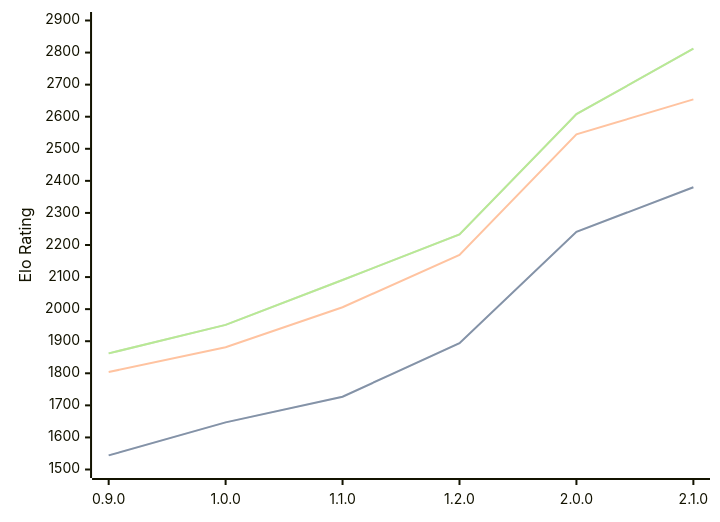
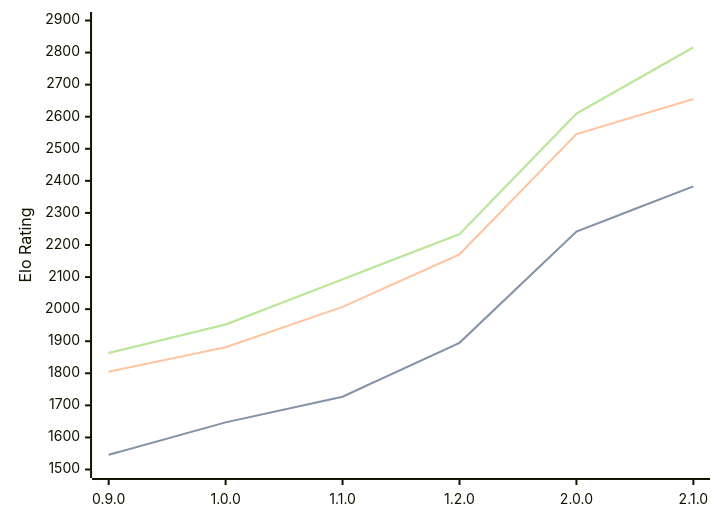
Before and after one commit to computer-chess-index/cci: the diagram in engines/Ratsu.md, drawn with Mermaid. The commit also changed other lines of this file, not shown here.

Commit message:
Update CCI Ratings (ELO VLTC) - 2026-08-26

````diff
--- a/engines/Ratsu.md
+++ b/engines/Ratsu.md
@@ -36,11 +36,11 @@
 ```mermaid
 %%{init: {"theme":"base","themeVariables":{"seriesColors:['#a3a3a3','#222221','#faa371']}}}%%
 xychart-beta
   x-axis ["0.9.0", "1.0.0", "1.1.0", "1.2.0", "2.0.0", "2.1.0"]
   y-axis "Elo Rating" 1500 --> 2900
-  line "STC (8.0+0.08s)" [1544, 1647, 1727, 1894, 2241, 2380]
-  line "STC (8.0+0.08s)" [1544, 1647, 1727, 1894, 2241, 2380]
-  line "LTC (60.0+0.60s)" [1804, 1881, 2006, 2169, 2545, 2654]
-  line "VLTC (2m24s+1.12s)" [1862, 1951, 2091, 2233, 2608, 2812]
-  line "VLTC (2m24s+1.12s)" [1862, 1951, 2091, 2233, 2608, 2812]
+  line "STC (8.0+0.08s)" [1546, 1647, 1727, 1895, 2242, 2383]
+  line "STC (8.0+0.08s)" [1546, 1647, 1727, 1895, 2242, 2383]
+  line "LTC (60.0+0.60s)" [1805, 1881, 2007, 2171, 2546, 2655]
+  line "VLTC (2m24s+1.12s)" [1863, 1952, 2093, 2234, 2610, 2816]
+  line "VLTC (2m24s+1.12s)" [1863, 1952, 2093, 2234, 2610, 2816]
 ```
````
